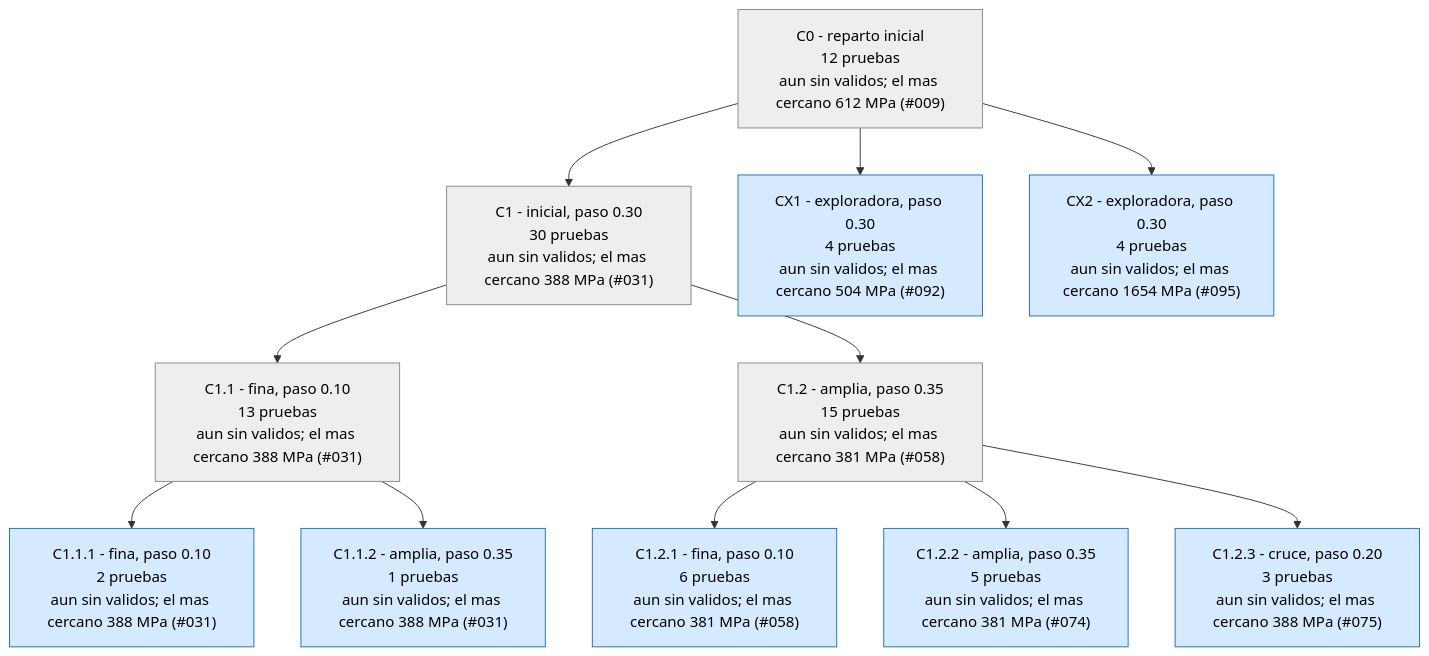
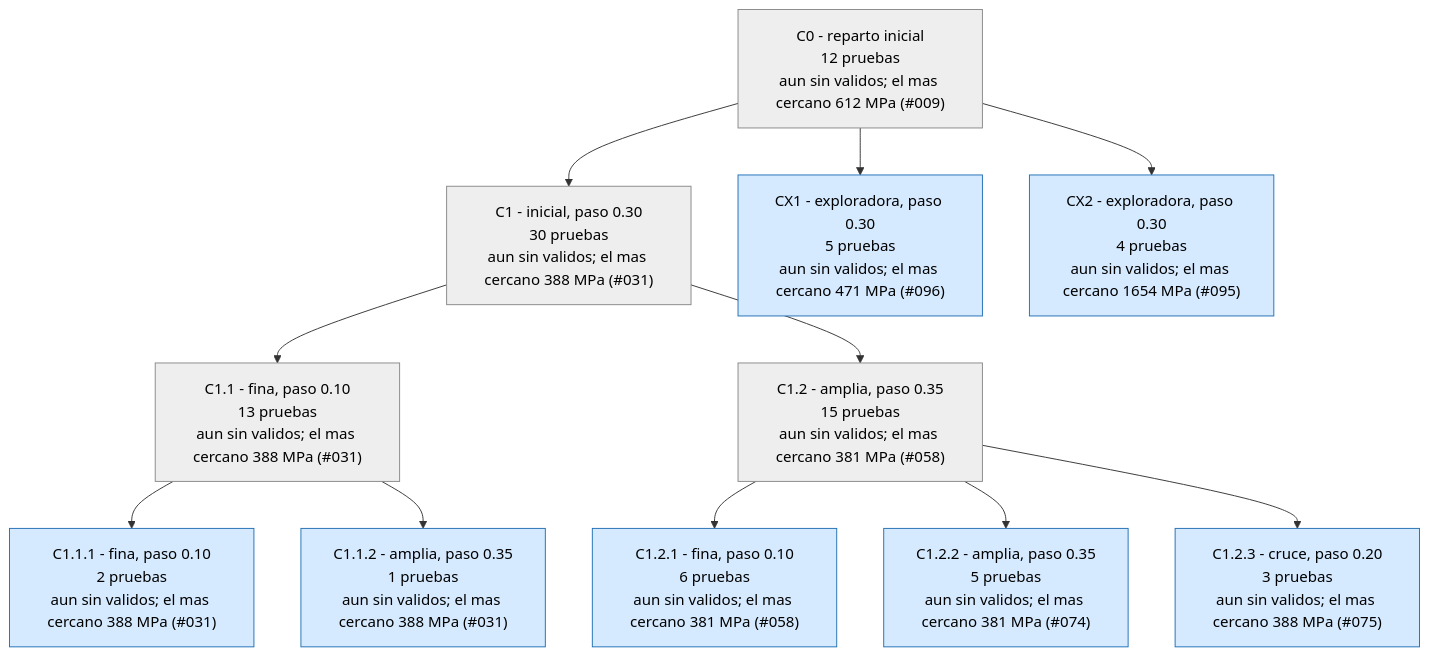
One commit to Hugiko/msd-soporte-optimizacion changed the third of 4 diagrams in runs/opt_37800N/ARBOL.md. Above: the diagram before and after it, drawn with Mermaid. The commit also changed 21 other files, not shown here.

````diff
--- a/runs/opt_37800N/ARBOL.md
+++ b/runs/opt_37800N/ARBOL.md
@@ -127,27 +127,27 @@
 ```mermaid
 graph TD
 classDef activa fill:#d6eaff,stroke:#1f6fb5,color:#000
 classDef fin fill:#eeeeee,stroke:#888,color:#000
 classDef mejor fill:#c8f0c0,stroke:#1a9850,stroke-width:4px,color:#000
 C0["C0 - reparto inicial<br/>12 pruebas<br/>aun sin validos; el mas cercano 612 MPa (#009)"]:::fin
 C1["C1 - inicial, paso 0.30<br/>30 pruebas<br/>aun sin validos; el mas cercano 388 MPa (#031)"]:::fin
 C0 --> C1
 C1_1["C1.1 - fina, paso 0.10<br/>13 pruebas<br/>aun sin validos; el mas cercano 388 MPa (#031)"]:::fin
 C1 --> C1_1
 C1_2["C1.2 - amplia, paso 0.35<br/>15 pruebas<br/>aun sin validos; el mas cercano 381 MPa (#058)"]:::fin
 C1 --> C1_2
 C1_1_1["C1.1.1 - fina, paso 0.10<br/>2 pruebas<br/>aun sin validos; el mas cercano 388 MPa (#031)"]:::activa
 C1_1 --> C1_1_1
 C1_1_2["C1.1.2 - amplia, paso 0.35<br/>1 pruebas<br/>aun sin validos; el mas cercano 388 MPa (#031)"]:::activa
 C1_1 --> C1_1_2
 C1_2_1["C1.2.1 - fina, paso 0.10<br/>6 pruebas<br/>aun sin validos; el mas cercano 381 MPa (#058)"]:::activa
 C1_2 --> C1_2_1
 C1_2_2["C1.2.2 - amplia, paso 0.35<br/>5 pruebas<br/>aun sin validos; el mas cercano 381 MPa (#074)"]:::activa
 C1_2 --> C1_2_2
 C1_2_3["C1.2.3 - cruce, paso 0.20<br/>3 pruebas<br/>aun sin validos; el mas cercano 388 MPa (#075)"]:::activa
 C1_2 --> C1_2_3
-CX1["CX1 - exploradora, paso 0.30<br/>4 pruebas<br/>aun sin validos; el mas cercano 504 MPa (#092)"]:::activa
+CX1["CX1 - exploradora, paso 0.30<br/>5 pruebas<br/>aun sin validos; el mas cercano 471 MPa (#096)"]:::activa
 C0 --> CX1
 CX2["CX2 - exploradora, paso 0.30<br/>4 pruebas<br/>aun sin validos; el mas cercano 1654 MPa (#095)"]:::activa
 C0 --> CX2
 ```
````
